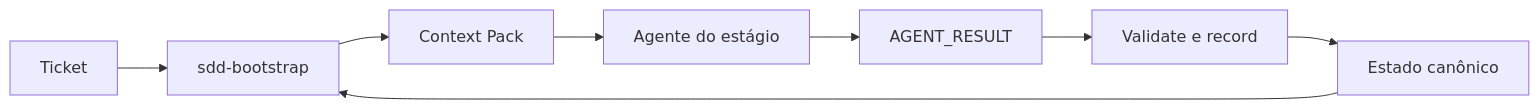
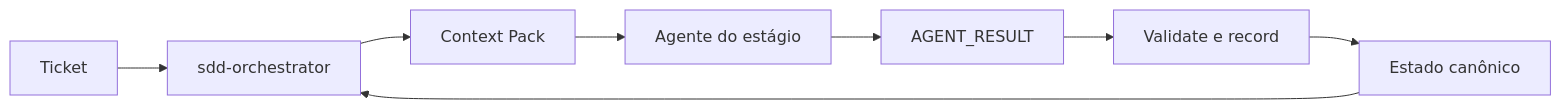
The first of 4 diagrams in docs/PIPELINE.md (fellipemauriciosilva/sdd-toolkit), drawn with Mermaid before and after one commit. The commit also changed other lines of this file and 169 other files, not shown here.

````diff
--- a/docs/PIPELINE.md
+++ b/docs/PIPELINE.md
@@ -5,10 +5,10 @@
 ```mermaid
 flowchart LR
-    U[Ticket] --> B[sdd-bootstrap]
+    U[Ticket] --> B[sdd-orchestrator]
     B --> P[Context Pack]
     P --> A[Agente do estágio]
     A --> R[AGENT_RESULT]
     R --> V[Validate e record]
     V --> S[Estado canônico]
     S --> B
 ```
````
